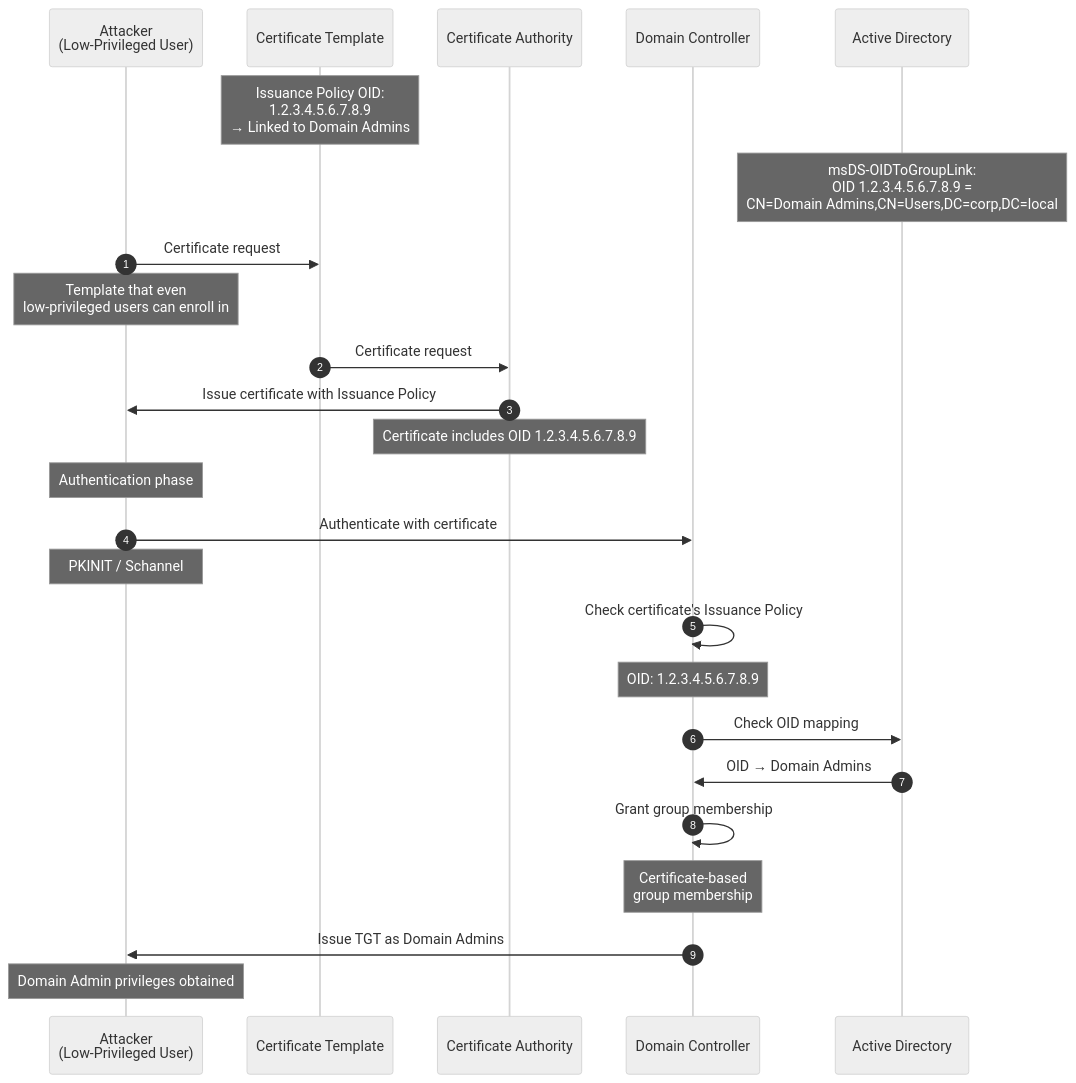
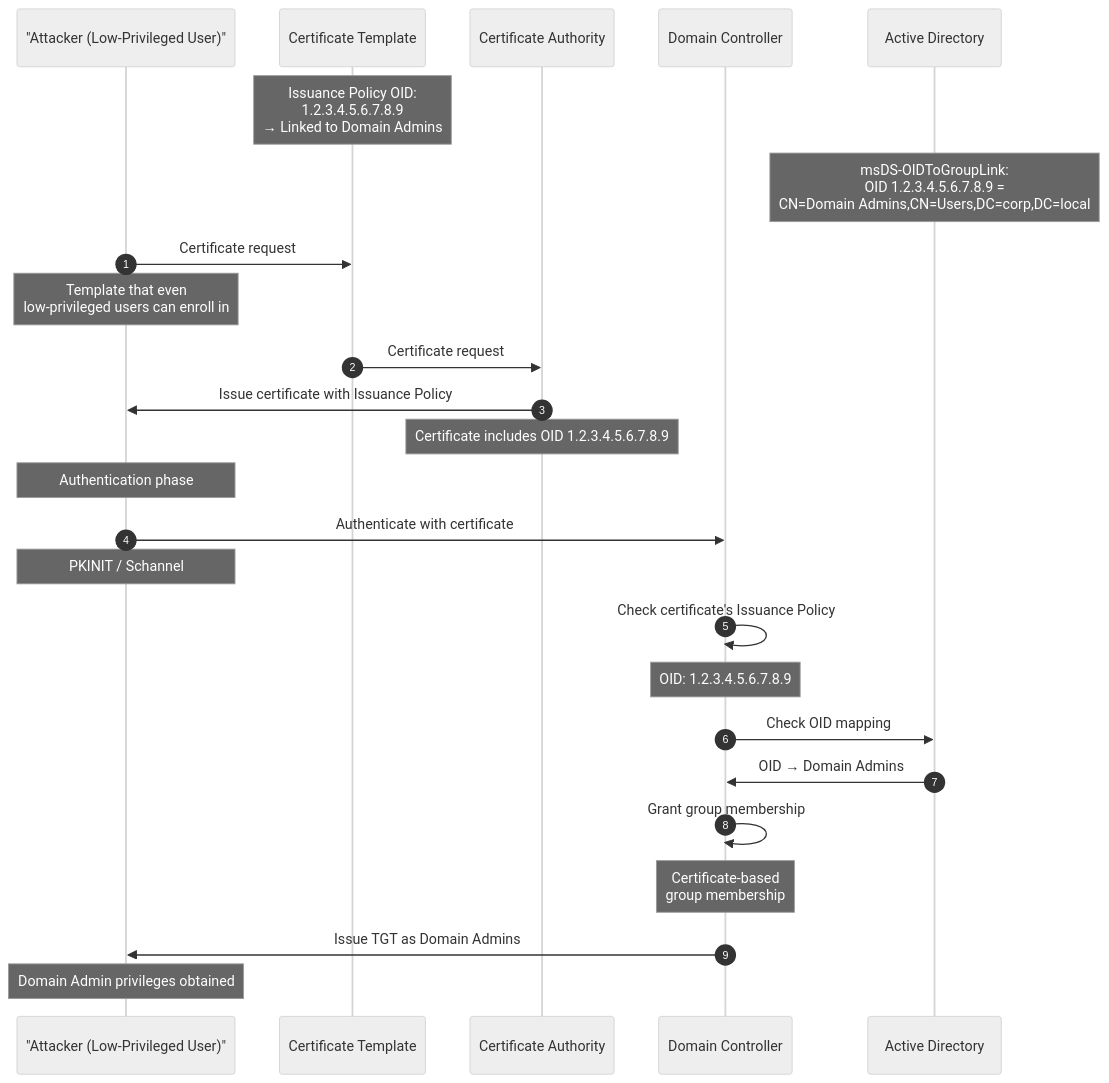
One commit to morimori-dev/morimori-dev.github.io changed diagram 13 of 17 in _posts/2026-03-03-tech-adcs-esc-attack-guide.md. Above: the diagram before and after it, drawn with Mermaid (neutral theme). The commit also changed other lines of this file and 7 other files, not shown here.

First line of the commit message:
Fix Mermaid syntax errors in 8 posts

````diff
--- a/_posts/2026-03-03-tech-adcs-esc-attack-guide.md
+++ b/_posts/2026-03-03-tech-adcs-esc-attack-guide.md
@@ -1262,39 +1262,39 @@
 ```mermaid
 sequenceDiagram
     autonumber
-    participant A as Attacker<br/>(Low-Privileged User)
+    participant A as "Attacker (Low-Privileged User)"
     participant T as Certificate Template
     participant CA as Certificate Authority
     participant DC as Domain Controller
     participant AD as Active Directory
 
     Note over T: Issuance Policy OID:<br/>1.2.3.4.5.6.7.8.9<br/>→ Linked to Domain Admins
 
     Note over AD: msDS-OIDToGroupLink:<br/>OID 1.2.3.4.5.6.7.8.9 =<br/>CN=Domain Admins,CN=Users,DC=corp,DC=local
 
     A->>T: Certificate request
     Note over A: Template that even<br/>low-privileged users can enroll in
 
     T->>CA: Certificate request
 
     CA->>A: Issue certificate with Issuance Policy
     Note over CA: Certificate includes OID 1.2.3.4.5.6.7.8.9
 
     Note over A: Authentication phase
 
     A->>DC: Authenticate with certificate
     Note over A: PKINIT / Schannel
 
     DC->>DC: Check certificate's Issuance Policy
     Note over DC: OID: 1.2.3.4.5.6.7.8.9
 
     DC->>AD: Check OID mapping
     AD->>DC: OID → Domain Admins
 
     DC->>DC: Grant group membership
     Note over DC: Certificate-based<br/>group membership
 
     DC->>A: Issue TGT as Domain Admins
 
     Note over A: Domain Admin privileges obtained
 ```
````
